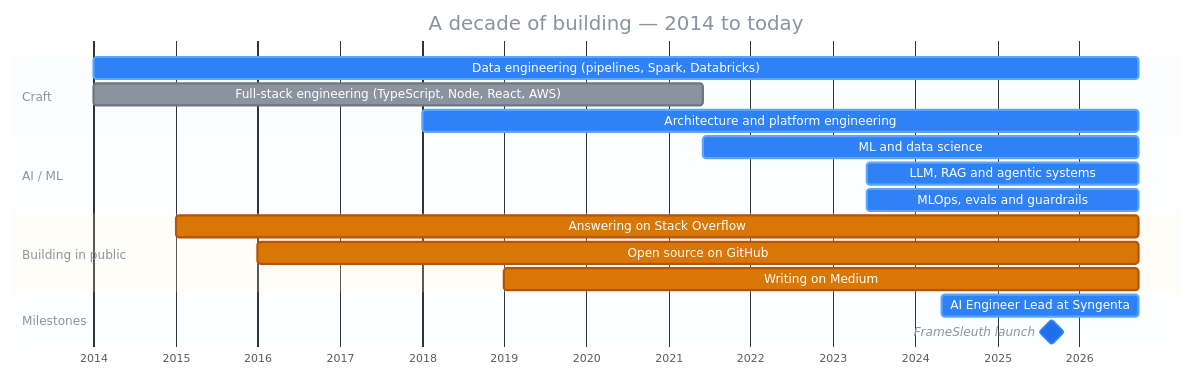
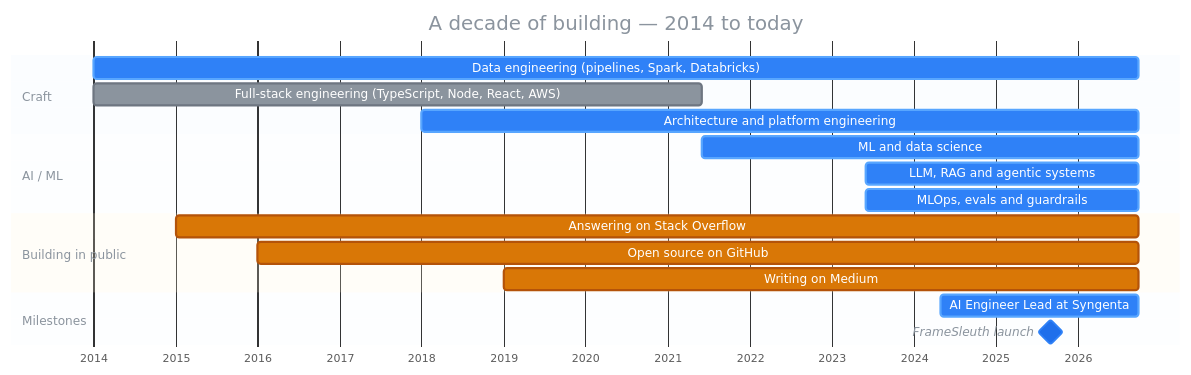
The first of 2 diagrams in README.md (santoshshinde2012/santoshshinde2012), drawn with Mermaid before and after one commit. The commit also changed other lines of this file, not shown here.

Commit message:
chore: refresh shipping summary

````diff
--- a/README.md
+++ b/README.md
@@ -128,27 +130,27 @@
 ```mermaid
 %%{init: {'theme':'base','themeVariables':{'fontFamily':'Fira Code, monospace','taskBkgColor':'#1F6FEB','taskBorderColor':'#2F81F7','activeTaskBkgColor':'#2F81F7','activeTaskBorderColor':'#58A6FF','doneTaskBkgColor':'#8B949E','doneTaskBorderColor':'#6E7681','critBkgColor':'#D97706','critBorderColor':'#B45309','critTextColor':'#ffffff','milestoneBkgColor':'#238636','milestoneBorderColor':'#2EA043','taskTextColor':'#ffffff','taskTextDarkColor':'#ffffff','taskTextLightColor':'#ffffff','taskTextOutsideColor':'#8B949E','gridColor':'#30363D','todayLineColor':'#F85149','titleColor':'#8B949E','sectionBkgColor':'#2F81F714','altSectionBkgColor':'#2F81F70A'}}}%%
 gantt
     title A decade of building — 2014 to today
     dateFormat YYYY-MM-DD
     axisFormat %Y
     tickInterval 1year
 
     section Craft
-    Data engineering (pipelines, Spark, Databricks)      :active, de,   2014-01-01, 2026-09-21
+    Data engineering (pipelines, Spark, Databricks)      :active, de,   2014-01-01, 2026-09-28
     Full-stack engineering (TypeScript, Node, React, AWS) :done,   fs,   2014-01-01, 2021-06-01
-    Architecture and platform engineering                :active, arch, 2018-01-01, 2026-09-21
+    Architecture and platform engineering                :active, arch, 2018-01-01, 2026-09-28
 
     section AI / ML
-    ML and data science                                  :active, ml,   2021-06-01, 2026-09-21
-    LLM, RAG and agentic systems                         :active, llm,  2023-06-01, 2026-09-21
-    MLOps, evals and guardrails                          :active, ops,  2023-06-01, 2026-09-21
+    ML and data science                                  :active, ml,   2021-06-01, 2026-09-28
+    LLM, RAG and agentic systems                         :active, llm,  2023-06-01, 2026-09-28
+    MLOps, evals and guardrails                          :active, ops,  2023-06-01, 2026-09-28
 
     section Building in public
-    Answering on Stack Overflow                          :crit, so,   2015-01-01, 2026-09-21
-    Open source on GitHub                                :crit, gh,   2016-01-01, 2026-09-21
-    Writing on Medium                                    :crit, med,  2019-01-01, 2026-09-21
+    Answering on Stack Overflow                          :crit, so,   2015-01-01, 2026-09-28
+    Open source on GitHub                                :crit, gh,   2016-01-01, 2026-09-28
+    Writing on Medium                                    :crit, med,  2019-01-01, 2026-09-28
 
     section Milestones
-    AI Engineer Lead at Syngenta                         :active,    syn, 2024-05-01, 2026-09-21
+    AI Engineer Lead at Syngenta                         :active,    syn, 2024-05-01, 2026-09-28
     FrameSleuth launch                                   :milestone, fsl, 2025-09-01, 0d
 ```
````
